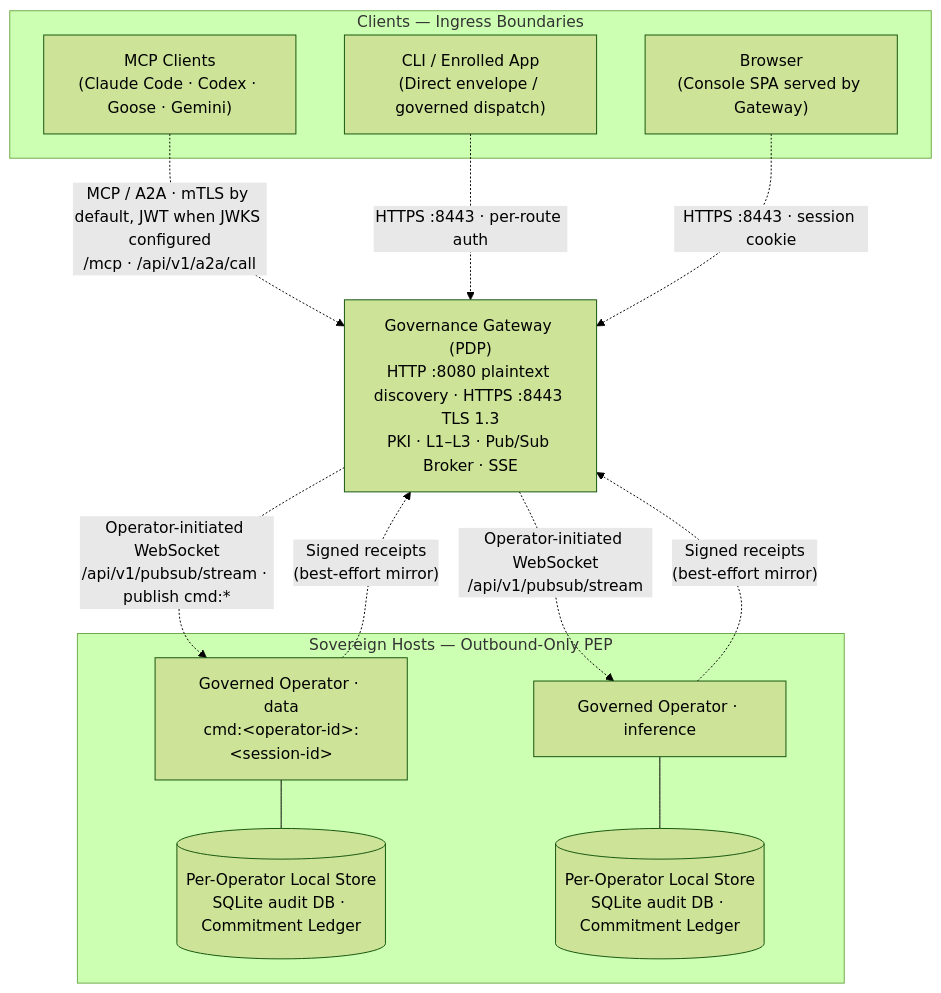
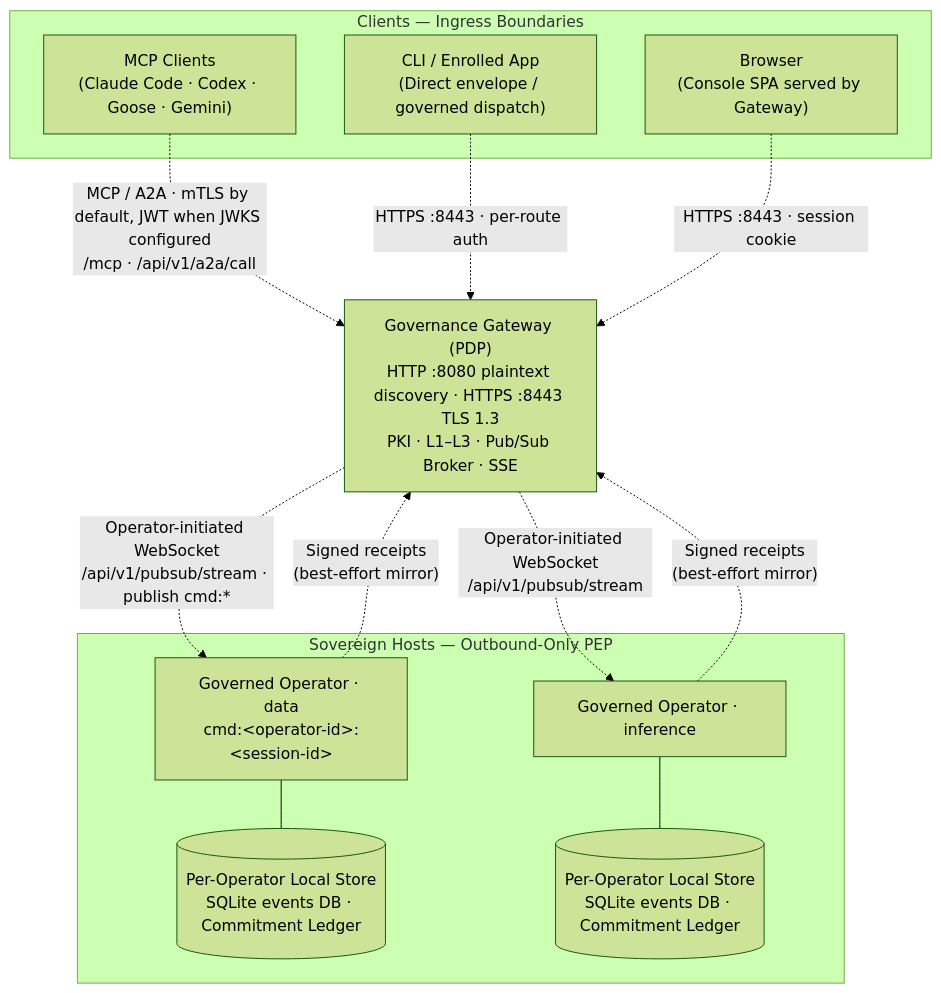
The diagram in docs/diagrams/graph-gateway-fleet-single-host-http-mtls.md (zerotrustdata/ztd), drawn with Mermaid (forest theme) before and after one commit. The commit also changed other lines of this file and 655 other files, not shown here.

````diff
--- a/docs/diagrams/graph-gateway-fleet-single-host-http-mtls.md
+++ b/docs/diagrams/graph-gateway-fleet-single-host-http-mtls.md
@@ -26,28 +26,28 @@
 ```mermaid
 graph TD
     subgraph Clients ["Clients — Ingress Boundaries"]
         MCP["MCP Clients<br/>(Claude Code · Codex · Goose · Gemini)"]
         CLI["CLI / Enrolled App<br/>(Direct envelope / governed dispatch)"]
         Browser["Browser<br/>(Console SPA served by Gateway)"]
     end
 
     GW["Governance Gateway (PDP)<br/>HTTP :8080 plaintext discovery · HTTPS :8443 TLS 1.3<br/>PKI · L1–L3 · Pub/Sub Broker · SSE"]
 
     subgraph Fleet ["Sovereign Hosts — Outbound-Only PEP"]
         O1["Governed Operator · data<br/>cmd:&lt;operator-id&gt;:&lt;session-id&gt;"]
         O2["Governed Operator · inference"]
-        D1[("Per-Operator Local Store<br/>SQLite audit DB · Commitment Ledger")]
-        D2[("Per-Operator Local Store<br/>SQLite audit DB · Commitment Ledger")]
+        D1[("Per-Operator Local Store<br/>SQLite events DB · Commitment Ledger")]
+        D2[("Per-Operator Local Store<br/>SQLite events DB · Commitment Ledger")]
         O1 --- D1
         O2 --- D2
     end
 
     MCP -. "MCP / A2A · mTLS by default, JWT when JWKS configured<br/>/mcp · /api/v1/a2a/call" .-> GW
     CLI -. "HTTPS :8443 · per-route auth" .-> GW
     Browser -. "HTTPS :8443 · session cookie" .-> GW
 
     GW -. "Operator-initiated WebSocket<br/>/api/v1/pubsub/stream · publish cmd:*" .-> O1
     GW -. "Operator-initiated WebSocket<br/>/api/v1/pubsub/stream" .-> O2
     O1 -. "Signed receipts<br/>(best-effort mirror)" .-> GW
     O2 -. "Signed receipts<br/>(best-effort mirror)" .-> GW
 ```
````
